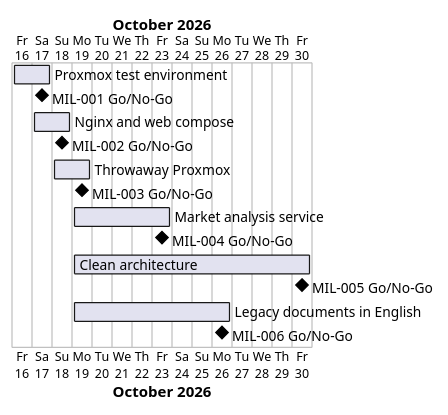
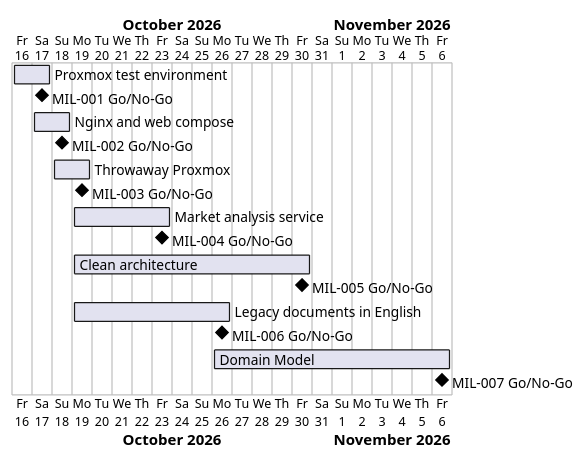
Before and after one commit to NF-Hotel/NFHotel: the diagram in docs/project-plan.md, drawn with PlantUML. The commit also changed other lines of this file and 6 other files, not shown here.

First line of the commit message:
Plan MIL-007: Domain Model of the hotel back office

````diff
--- a/docs/project-plan.md
+++ b/docs/project-plan.md
@@ -42,17 +43,19 @@
 ```plantuml
 @startgantt
 Project starts 2026-10-16
 [Proxmox test environment] starts 2026-10-16 and ends 2026-10-17
 [MIL-001 Go/No-Go] happens 2026-10-17
 [Nginx and web compose] starts 2026-10-17 and ends 2026-10-18
 [MIL-002 Go/No-Go] happens 2026-10-18
 [Throwaway Proxmox] starts 2026-10-18 and ends 2026-10-19
 [MIL-003 Go/No-Go] happens 2026-10-19
 [Market analysis service] starts 2026-10-19 and ends 2026-10-23
 [MIL-004 Go/No-Go] happens 2026-10-23
 [Clean architecture] starts 2026-10-19 and ends 2026-10-30
 [MIL-005 Go/No-Go] happens 2026-10-30
 [Legacy documents in English] starts 2026-10-19 and ends 2026-10-26
 [MIL-006 Go/No-Go] happens 2026-10-26
+[Domain Model] starts 2026-10-26 and ends 2026-11-06
+[MIL-007 Go/No-Go] happens 2026-11-06
 @endgantt
 ```
````
